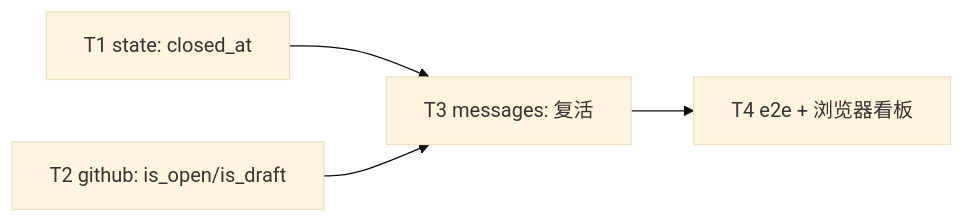
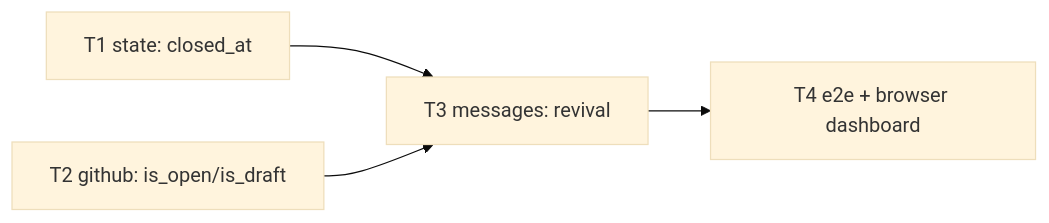
One commit to Curry09/OpenAgents changed the diagram in docs/specs/0042-reopen-revive-closed-run.md. Above: the diagram before and after it, drawn with Mermaid (base theme). The commit also changed other lines of this file and 461 other files, not shown here.

````diff
--- a/docs/specs/0042-reopen-revive-closed-run.md
+++ b/docs/specs/0042-reopen-revive-closed-run.md
@@ -180,6 +180,6 @@
 ```mermaid
 graph LR
-  T1[T1 state: closed_at] --> T3[T3 messages: 复活]
+  T1[T1 state: closed_at] --> T3[T3 messages: revival]
   T2[T2 github: is_open/is_draft] --> T3
-  T3 --> T4[T4 e2e + 浏览器看板]
+  T3 --> T4[T4 e2e + browser dashboard]
 ```
````
